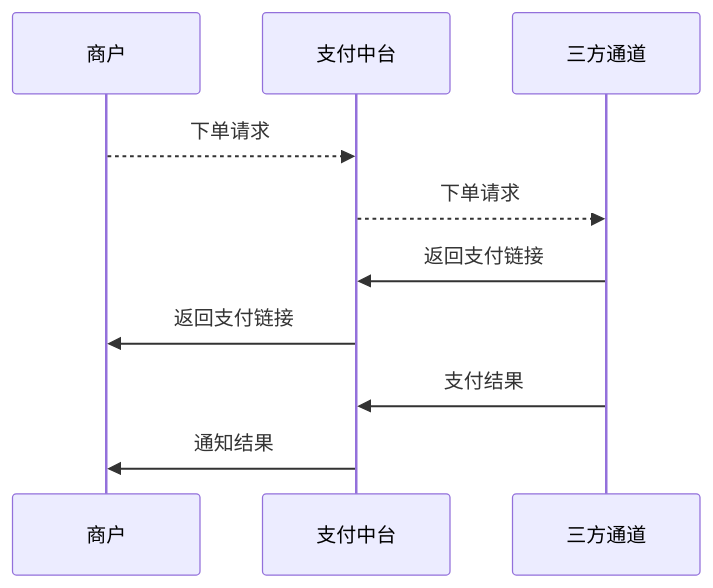
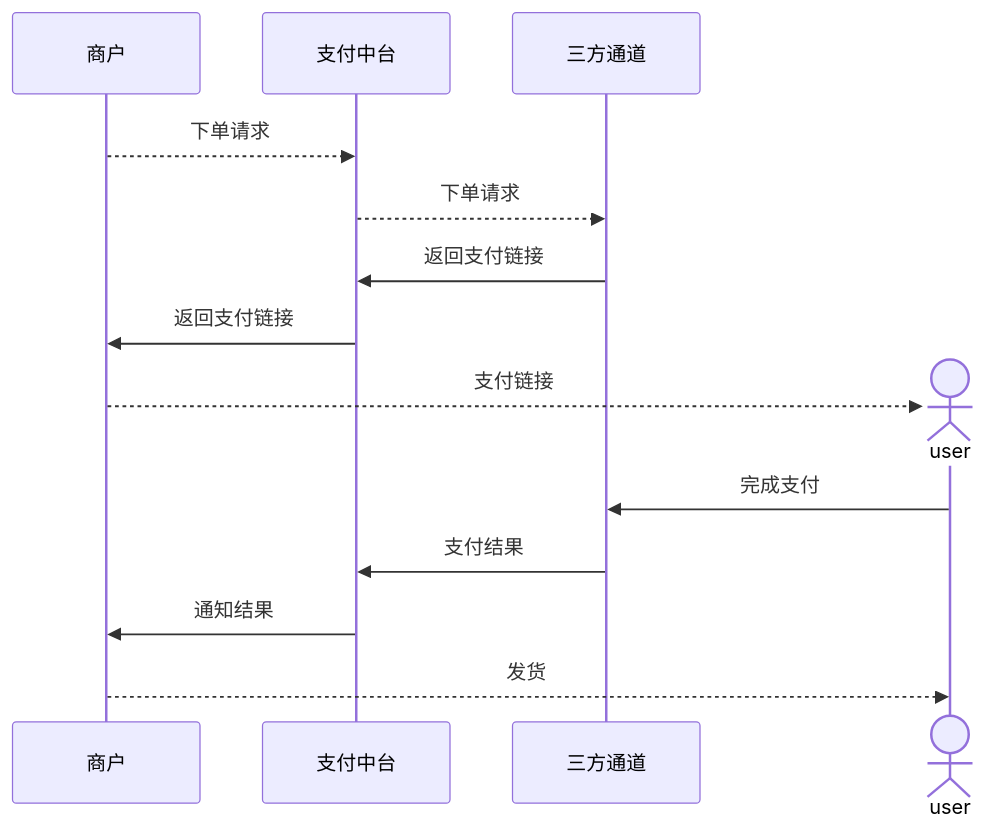
Before and after one commit to anthropologistbiubiu/shell_study: the diagram in basic/test.mermaid, drawn with Mermaid. The commit also changed 2 other files, not shown here.

```diff
--- a/basic/test.mermaid
+++ b/basic/test.mermaid
@@ -1,7 +1,11 @@
 sequenceDiagram
     商户 -->> 支付中台:下单请求
     支付中台 -->> 三方通道:下单请求
     三方通道 ->> 支付中台: 返回支付链接
     支付中台 ->> 商户:返回支付链接
+    create actor user
+    商户-->>user:支付链接
+    user->> 三方通道:完成支付
     三方通道 ->> 支付中台:支付结果
     支付中台 ->> 商户:通知结果
+    商户 -->> user:发货
```
